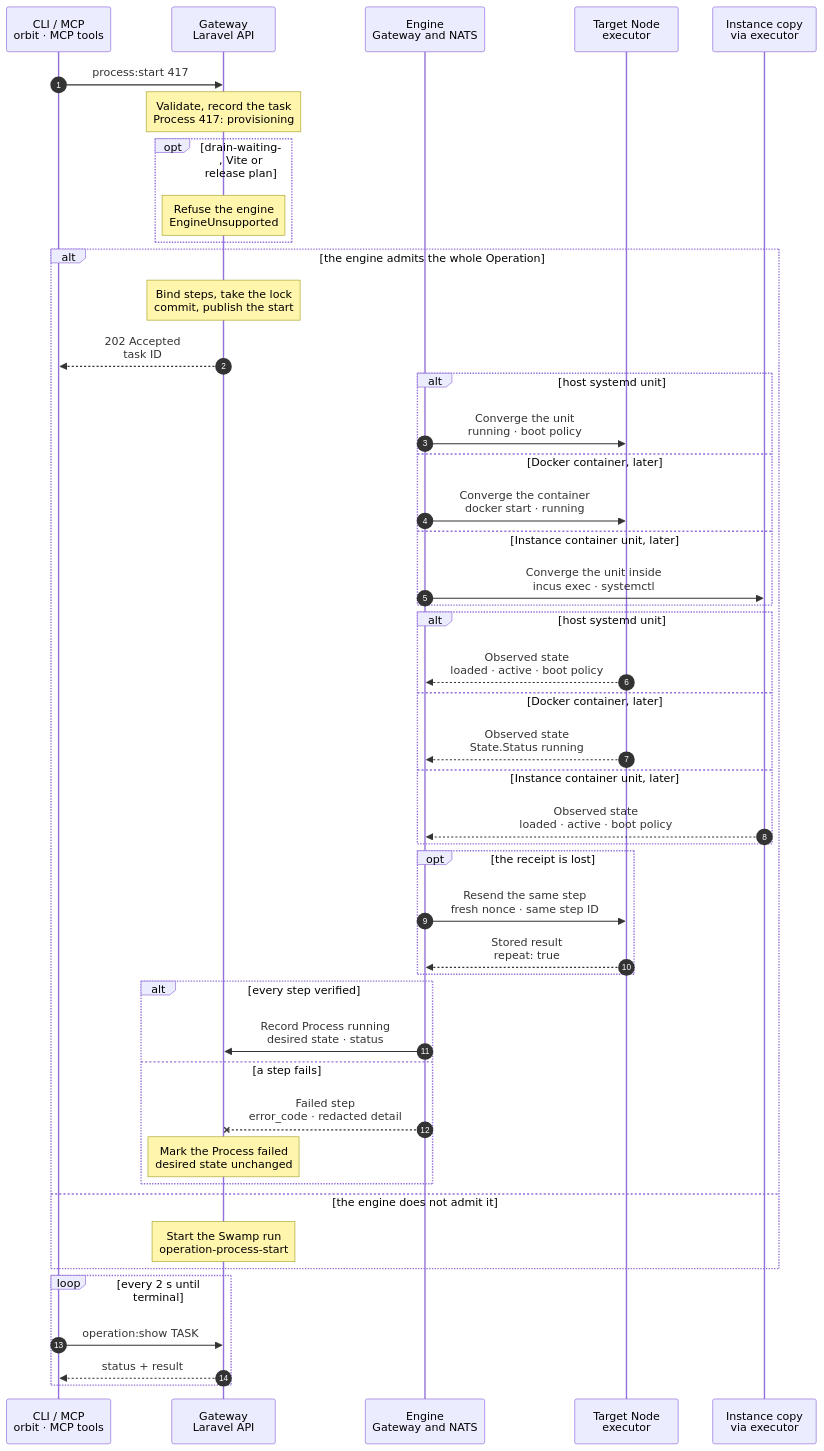
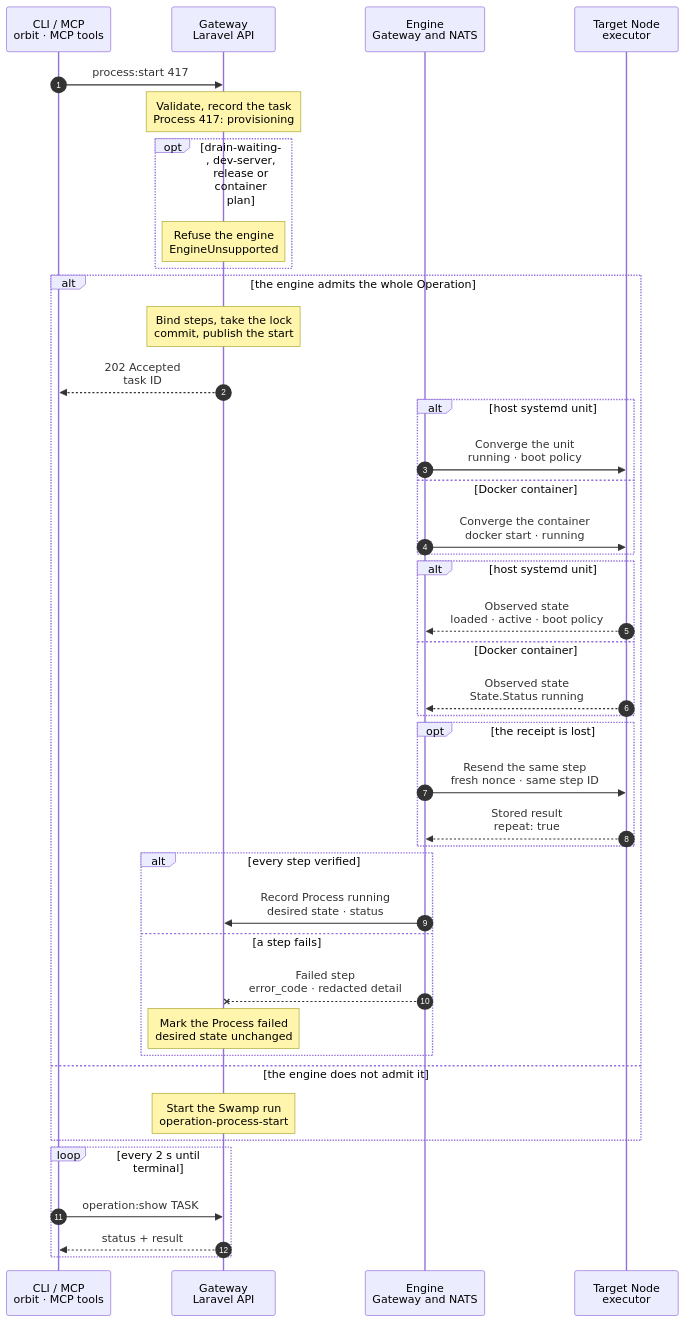
The diagram in docs/cli/process/engine/start.mmd (hardimpactdev/orbit), drawn with Mermaid before and after one commit. The commit also changed 9 other files, not shown here.

Commit message:
Update the process and schedule engine charts and pages to the built flows; bind each process order to its target slot

```diff
--- a/docs/cli/process/engine/start.mmd
+++ b/docs/cli/process/engine/start.mmd
@@ -1,86 +1,82 @@
 sequenceDiagram
-  %% process.start on the Gateway engine: one `process` family on the Process's Node, one desired-state primitive for every runtime. Design for ADR 0267 and ADR 0271; no engine flow exists yet. Step names describe effects; the implementation settles action names unless an existing action is named.
-  %% Rollout order: host systemd units first; Docker containers and Instance-container units join the same primitive later, each when its read-back is proven. Until a runtime is covered, its Process throws EngineUnsupported and runs on Swamp.
-  %% status: draft
+  %% process.start on the Gateway engine: one `process` family on the Process's Node, one desired-state primitive, `process.ensure_state`, for a host systemd unit and a host Docker container (ADR 0267, ADR 0271; ProcessControlEngineFlow). Runtime proof on a nested fleet is pending.
+  %% Covered: host systemd units and host Docker containers. A unit in an Instance container stays on Swamp: Swamp first moves the container's app account with a script, which no fixed argv reproduces, so the engine refuses it at admission (EngineUnsupported).
+  %% status: built
   %% command: process:start
   %% kind: process.start
   autonumber
   %% lane CLI icon=terminal pill=caller tone=gray
   %% lane GW icon=gateway pill=intent tone=blue
   %% lane EN icon=workflow pill=engine tone=purple
   %% lane N icon=server pill=executor tone=amber
-  %% lane C icon=server pill=container tone=green
   participant CLI as CLI / MCP<br/>orbit · MCP tools
   participant GW as Gateway<br/>Laravel API
   participant EN as Engine<br/>Gateway and NATS
   participant N as Target Node<br/>executor
-  participant C as Instance copy<br/>via executor
   CLI->>GW: process:start 417
   Note over GW: Validate, record the task<br/>Process 417: provisioning
   %%> Same admission as process/start.mmd: access to the Process's Node, a Process not being removed; the intent carries unit or container name, runtime, on-demand flag and Instance container
-  opt drain-waiting, Vite or release plan
+  opt drain-waiting, dev-server, release or container plan
     Note over GW: Refuse the engine<br/>EngineUnsupported
     %%> - the same drain-waiting Processes as process/engine/stop.mmd, so one Process never splits its lifecycle across engines: a host systemd Process that runs Horizon (`GatewayHorizon::runs` with no Instance, whose unit carries the long-drain stop directives of SystemdProcessRenderer) and a Gateway release-container Process (Horizon, the scheduler)
     %%> - a Vite dev Process (`vite_plan`: dev route, listener, awake marker) and a production release layout
+    %%> - decided from the Process and its placement, for both verbs, never from start-only intent fields: a `vp-dev` or `vite` Process, a Process of an Instance not placed on app-dev, any intent with a `container` (an Instance container, whose app-account move is a script, or a Gateway release container), a Gateway release-host Process (`GatewayReleaseHost::hasProcess`) and a host Horizon Process
     %%> - decided at admission, before any order: the engine admits nothing, and the whole Operation takes the Swamp branch below
   end
   alt the engine admits the whole Operation
     %%> Admission, one decision per Operation (EngineKinds::routes):
     %%> - `process.start` is in `ORBIT_ENGINE_KINDS`
     %%> - every Node a step touches reports its action in `$KV.NODES`: the `process` family's desired-state action (one name for start and stop)
     %%> - the flow accepts the plan shape; a part it does not cover throws `EngineUnsupported` before any order
-    %%> - eligible plans, in rollout order: host systemd; then Docker; then a unit in an Instance container
+    %%> - eligible plans: a host systemd unit or a host Docker container of a Node Process or an app-dev Instance Process
     Note over GW: Bind steps, take the lock<br/>commit, publish the start
-    %%> - the step rows and the Operation lock commit in one transaction before the start event; an Operation never moves between engines after this
+    %%> - the step rows and the Operation lock `process:<id>` commit in one transaction before the start event; an Operation never moves between engines after this
+    %%> - binding refuses `operation.target_busy` while another open Operation, on either engine, acts on the Process; while the lock is held, admission of any other Process verb refuses `operation.target_busy`
     GW-->>CLI: 202 Accepted<br/>task ID
     alt host systemd unit
       EN->>N: Converge the unit<br/>running · boot policy
       %%> Desired state: the unit is running and enabled at boot unless on-demand, as Swamp's `Set boot policy` / `Stop the Process` applies it; the admitted boot policy is an input of the step; an already-running unit only gets its boot policy
       %%> Target: the Process (`process-<id>`), so two orders for one Process run one after the other
-    else Docker container, later
+    else Docker container
       EN->>N: Converge the container<br/>docker start · running
       %%> `docker container start` only when the state differs; an already-running container changes nothing
-    else Instance container unit, later
-      EN->>C: Converge the unit inside<br/>incus exec · systemctl
-      %%> A nonblocking systemd job, then bounded readiness reads (5 s each, 10 tries 1 s apart), as `operation-process-container`; a stopped container fails the step, its next deployment starts it
     end
     alt host systemd unit
       N-->>EN: Observed state<br/>loaded · active · boot policy
       %%> Read-back: LoadState=loaded, ActiveState=active, and UnitFileState=enabled for a persistent Process, disabled for an on-demand one (the admitted `on_demand`)
-    else Docker container, later
+    else Docker container
       N-->>EN: Observed state<br/>State.Status running
-      %%> Read-back: `docker inspect` State.Status is `running`
-    else Instance container unit, later
-      C-->>EN: Observed state<br/>loaded · active · boot policy
-      %%> Read-back inside the copy, as instance-container-process.yml `Wait for the unit job and admitted state`: ActiveState=active with an empty `Job=` (no queued job), retried 10 times 1 s apart, then LoadState=loaded and the admitted UnitFileState; a still-queued job fails the step
+      %%> Read-back: `docker container inspect` of the exact saved name answers that name, State.Status `running` and the admitted image
     end
-    %%> A mismatch fails the step (`process.state_mismatch`), as the native assert does; success is projected only from this read-back
+    %%> A read that systemd answers without one of LoadState, ActiveState, SubState or UnitFileState never counts as that value: the step fails
+    %%> The step fails with its own code: `process.state_mismatch` after the change, `process.unit_missing`, `process.container_missing`, `process.apply_failed` or `process.input_invalid`; success is projected only from this read-back
+    %%> The Operation records what Swamp's failed native check records: `operation.native_failed`, with the Swamp step the code stands for (`Verify the state`, `Start the Process`, `Stop the container` …) as its failed step; the step's own code stays on the engine step and in the failure's detail
     %%> `applied` is 0 when nothing changed, so a repeat after a crash reports the same end state
     opt the receipt is lost
       EN->>N: Resend the same step<br/>fresh nonce · same step ID
       %%> When:
       %%> - the step passes its resend deadline with no receipt; two sends, one execution
       %%> - the Operation keeps its lock, so Process 417 stays fenced; no other Operation and no Swamp run acts on it meanwhile
       %%> On the Node:
       %%> - the journal holds `done` for this Operation step, action and target: the executor answers the stored result with `repeat: true` and does not act again
       %%> - an order still `open` replays under the target lock first; an order that expired before the lock did nothing (`executor.order_expired`), and the step is sent again
       N-->>EN: Stored result<br/>repeat: true
     end
     alt every step verified
       EN->>GW: Record Process running<br/>desired state · status
       %%> - the kind's own projection records the result, the same rows a Swamp run records
     else a step fails
       EN--xGW: Failed step<br/>error_code · redacted detail
       %%> - a deterministic refusal is a terminal receipt too; the journal keeps it and a resend repeats it
       Note over GW: Mark the Process failed<br/>desired state unchanged
       %%> - no rollback and nothing to clean up; the same command converges again after the cause is fixed
     end
   else the engine does not admit it
     Note over GW: Start the Swamp run<br/>operation-process-start
     %%> - the kind is not enabled, a Node lacks the action, `$KV.NODES` is unreadable, or the flow throws `EngineUnsupported`: the whole Operation runs operation-process-start (process/start.mmd)
     %%> - no step of it runs on the engine; an Operation never splits across engines
   end
   loop every 2 s until terminal
     CLI->>GW: operation:show TASK
     GW-->>CLI: status + result
   end
```
